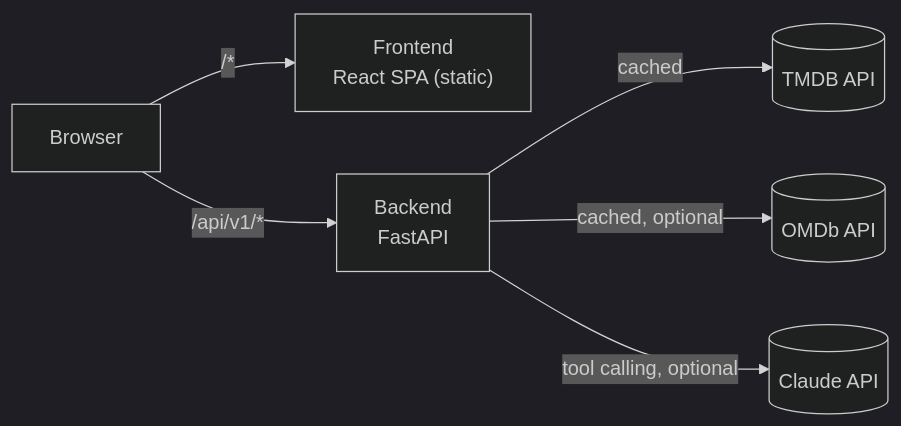
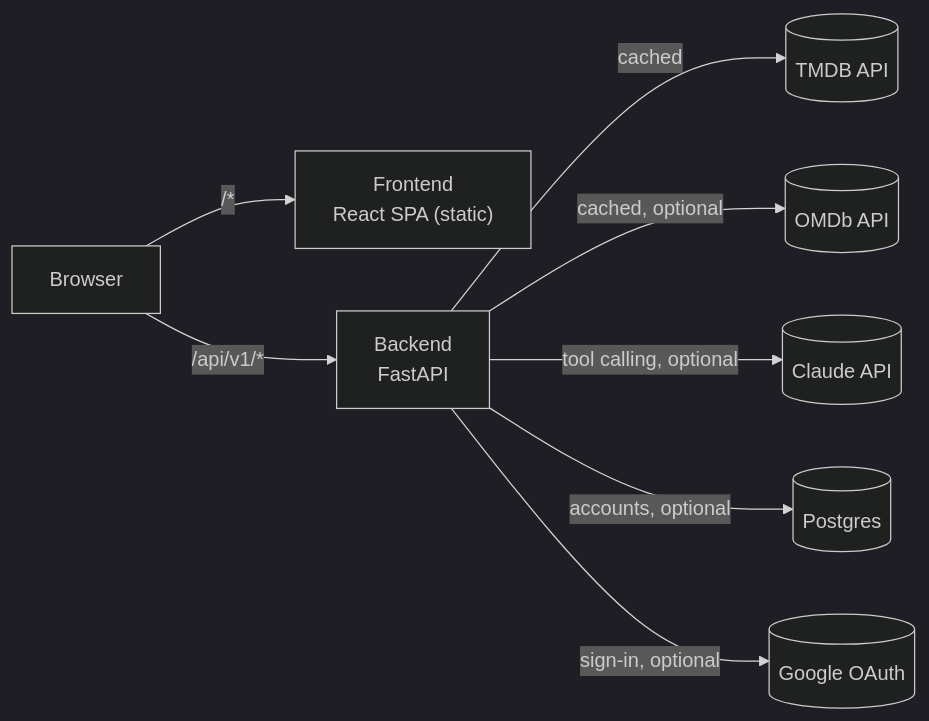
One commit to Juanca632/movies_app changed the diagram in README.md. Above: the diagram before and after it, drawn with Mermaid (dark theme). The commit also changed other lines of this file and 9 other files, not shown here.

````diff
--- a/README.md
+++ b/README.md
@@ -53,8 +67,10 @@
 ```mermaid
 flowchart LR
   B[Browser] -->|"/*"| F["Frontend<br/>React SPA (static)"]
   B -->|"/api/v1/*"| A["Backend<br/>FastAPI"]
   A -->|cached| T[(TMDB API)]
   A -->|cached, optional| O[(OMDb API)]
   A -->|"tool calling, optional"| C[(Claude API)]
+  A -->|"accounts, optional"| D[(Postgres)]
+  A -->|"sign-in, optional"| G[(Google OAuth)]
 ```
````
